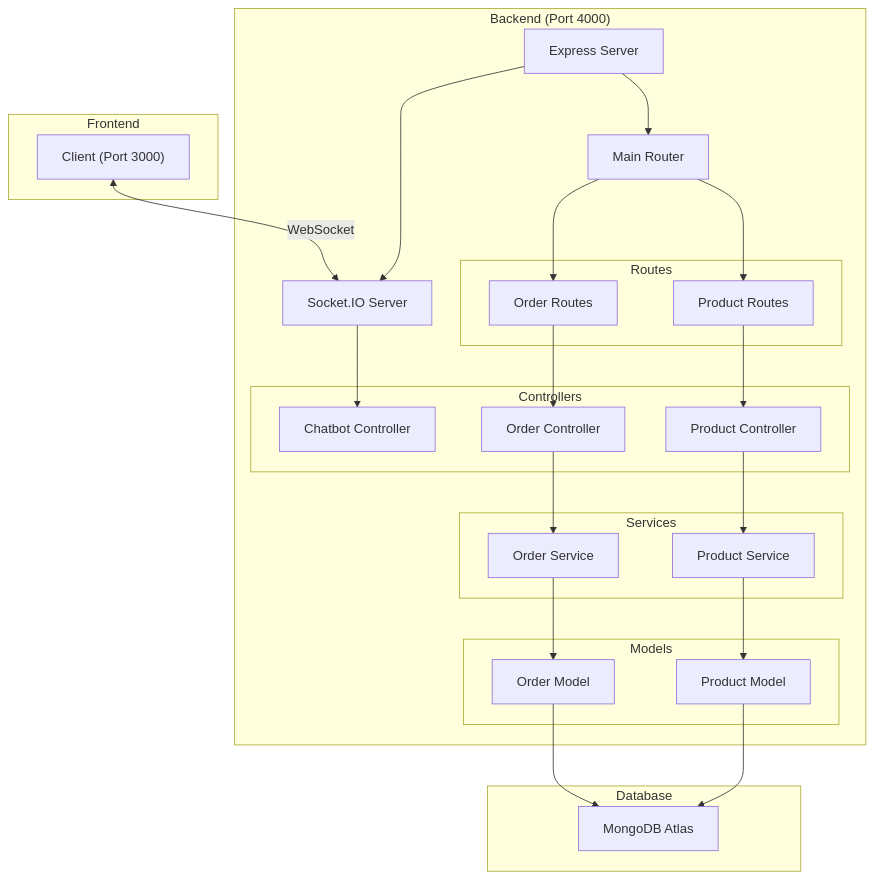
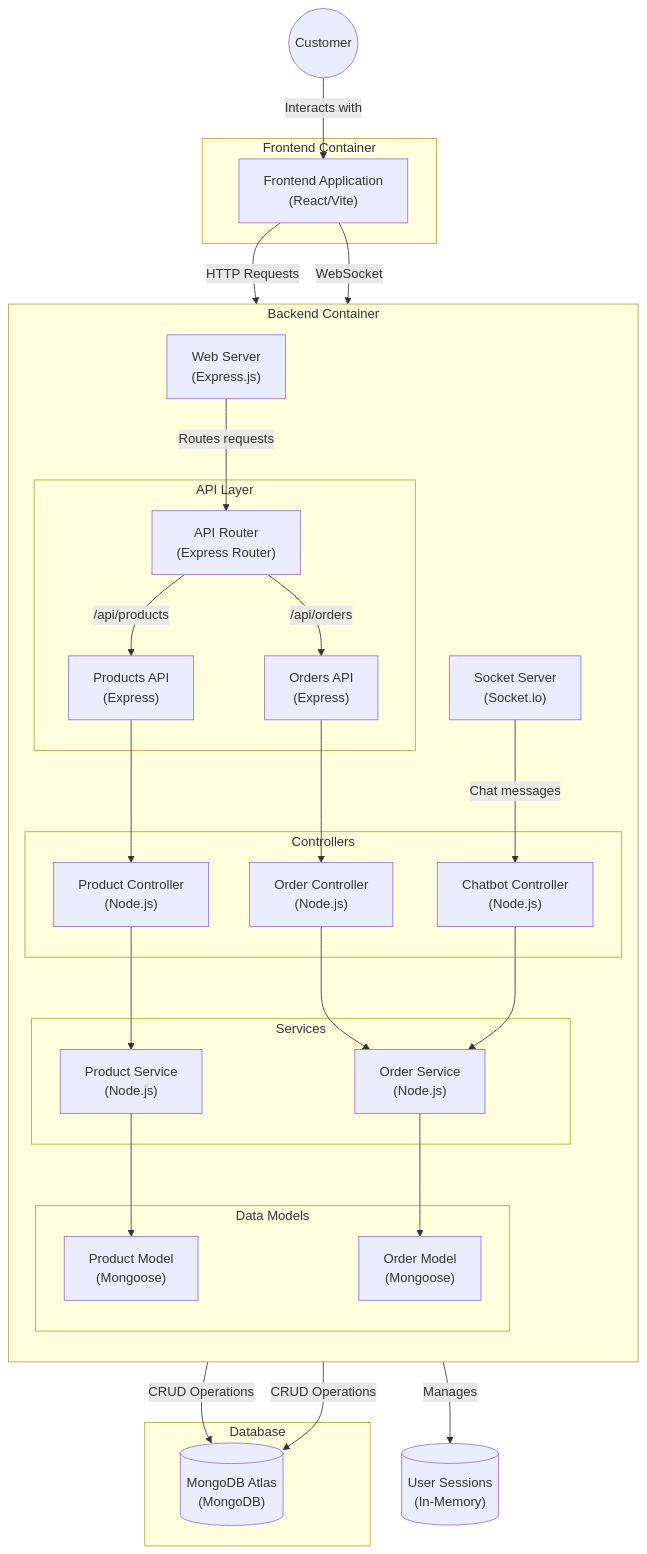
The diagram in readme.md (martinlpc/chatbot-nular), drawn with Mermaid before and after one commit. The commit also changed other lines of this file, not shown here.

````diff
--- a/readme.md
+++ b/readme.md
@@ -18,65 +31,73 @@
 ```mermaid
-graph TD
-    subgraph Frontend
-        Client["Client (Port 3000)"]
+graph TB
+    %% External Users
+    User((Customer))
+
+    subgraph "Frontend Container"
+        FrontApp["Frontend Application<br>(React/Vite)"]
     end
 
-    subgraph Backend["Backend (Port 4000)"]
-        Server["Express Server"]
-        SocketIO["Socket.IO Server"]
-        Router["Main Router"]
+    subgraph "Backend Container"
+        direction TB
 
-        subgraph Routes
-            ProductRoutes["Product Routes"]
-            OrderRoutes["Order Routes"]
+        WebServer["Web Server<br>(Express.js)"]
+        SocketServer["Socket Server<br>(Socket.io)"]
+
+        subgraph "API Layer"
+            Router["API Router<br>(Express Router)"]
+            ProductsAPI["Products API<br>(Express)"]
+            OrdersAPI["Orders API<br>(Express)"]
         end
 
-        subgraph Controllers
-            ChatController["Chatbot Controller"]
-            OrderController["Order Controller"]
-            ProductController["Product Controller"]
+        subgraph "Controllers"
+            ChatbotController["Chatbot Controller<br>(Node.js)"]
+            OrderController["Order Controller<br>(Node.js)"]
+            ProductController["Product Controller<br>(Node.js)"]
         end
 
-        subgraph Services
-            OrderService["Order Service"]
-            ProductService["Product Service"]
+        subgraph "Services"
+            OrderService["Order Service<br>(Node.js)"]
+            ProductService["Product Service<br>(Node.js)"]
         end
 
-        subgraph Models
-            OrderModel["Order Model"]
-            ProductModel["Product Model"]
+        subgraph "Data Models"
+            ProductModel["Product Model<br>(Mongoose)"]
+            OrderModel["Order Model<br>(Mongoose)"]
         end
     end
 
-    subgraph Database
-        MongoDB["MongoDB Atlas"]
+    subgraph "Database"
+        MongoDB[("MongoDB Atlas<br>(MongoDB)")]
     end
 
-    %% Frontend connections
-    Client <-->|WebSocket| SocketIO
+    %% Frontend Connections
+    User -->|"Interacts with"| FrontApp
+    FrontApp -->|"HTTP Requests"| WebServer
+    FrontApp -->|"WebSocket"| SocketServer
 
-    %% Main backend flow
-    Server --> Router
-    Server --> SocketIO
+    %% Backend Route Connections
+    WebServer -->|"Routes requests"| Router
+    Router -->|"/api/products"| ProductsAPI
+    Router -->|"/api/orders"| OrdersAPI
 
-    %% Router connections
-    Router --> ProductRoutes
-    Router --> OrderRoutes
+    %% Controller Connections
+    ProductsAPI --> ProductController
+    OrdersAPI --> OrderController
+    SocketServer -->|"Chat messages"| ChatbotController
 
-    %% Route to Controller connections
-    ProductRoutes --> ProductController
-    OrderRoutes --> OrderController
-    SocketIO --> ChatController
+    %% Service Layer
+    ProductController --> ProductService
+    OrderController --> OrderService
+    ChatbotController --> OrderService
 
-    %% Controller to Service connections
-    OrderController --> OrderService
-    ProductController --> ProductService
+    %% Data Model Connections
+    ProductService --> ProductModel
+    OrderService --> OrderModel
 
-    %% Service to Model connections
-    OrderService --> OrderModel
-    ProductService --> ProductModel
+    %% Database Connections
+    ProductModel -->|"CRUD Operations"| MongoDB
+    OrderModel -->|"CRUD Operations"| MongoDB
 
-    %% Database connections
-    OrderModel --> MongoDB
-    ProductModel --> MongoDB
+    %% Session Management
+    ChatbotController -->|"Manages"| UserSessions[("User Sessions<br>(In-Memory)")]
 ```
````
